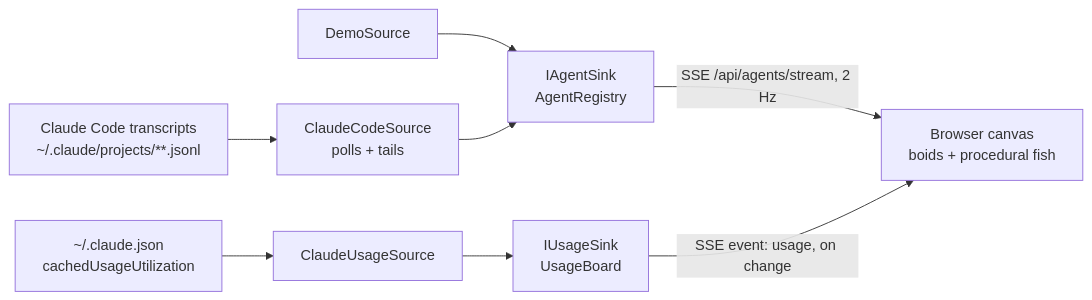
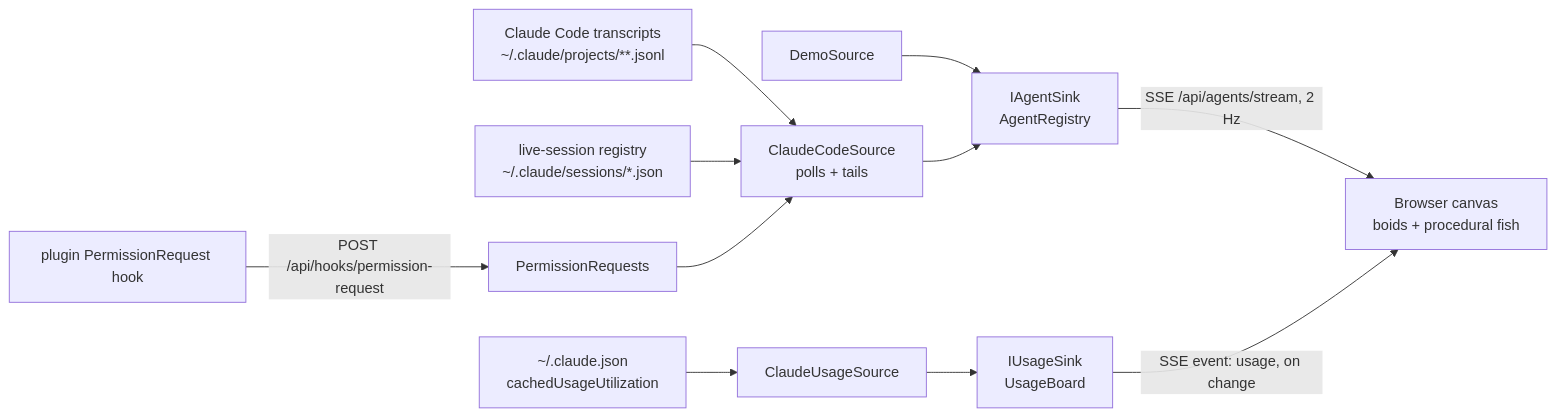
Before and after one commit to guyvdn/AgentAquarium: the diagram in README.md, drawn with Mermaid. The commit also changed other lines of this file and 4 other files, not shown here.

````diff
--- a/README.md
+++ b/README.md
@@ -62,9 +68,11 @@
 ```mermaid
 flowchart LR
   T[Claude Code transcripts<br/>~/.claude/projects/**.jsonl] --> CC[ClaudeCodeSource<br/>polls + tails]
+  L[live-session registry<br/>~/.claude/sessions/*.json] --> CC
+  H[plugin PermissionRequest hook] -->|POST /api/hooks/permission-request| PR[PermissionRequests] --> CC
   D[DemoSource] --> S
   CC --> S[IAgentSink<br/>AgentRegistry]
   U[~/.claude.json<br/>cachedUsageUtilization] --> CU[ClaudeUsageSource] --> UB[IUsageSink<br/>UsageBoard]
   S -->|SSE /api/agents/stream, 2 Hz| B[Browser canvas<br/>boids + procedural fish]
   UB -->|SSE event: usage, on change| B
 ```
````
